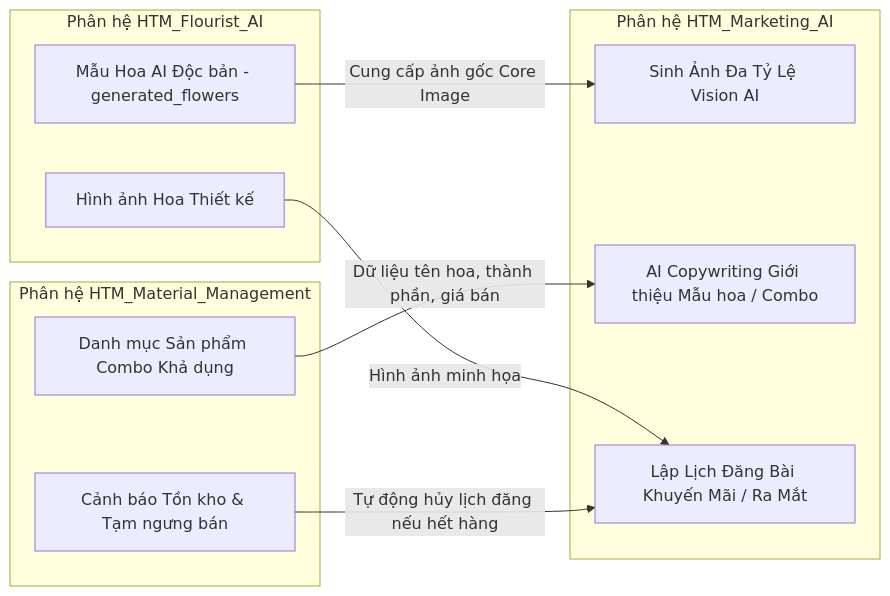
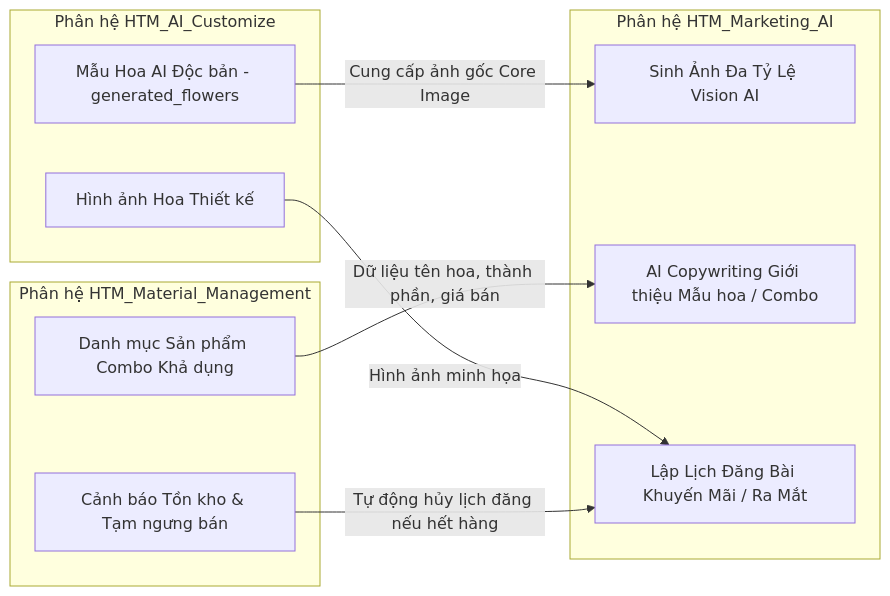
One commit to 161seconds/document-first-brief changed the third of 3 diagrams in hoa-theo-mua-ai-marketing/Context/AI_Marketing_Context.md. Above: the diagram before and after it, drawn with Mermaid. The commit also changed other lines of this file and 216 other files, not shown here.

Commit message:
docs: add user stories, TDD specifications, and unit tests for AI flower customization

````diff
--- a/hoa-theo-mua-ai-marketing/Context/AI_Marketing_Context.md
+++ b/hoa-theo-mua-ai-marketing/Context/AI_Marketing_Context.md
@@ -440,23 +440,23 @@
 ```mermaid
 flowchart LR
-    subgraph Flourist["Phân hệ HTM_Flourist_AI"]
+    subgraph AICustomize["Phân hệ HTM_AI_Customize"]
         F1[Mẫu Hoa AI Độc bản - generated_flowers]
         F2[Hình ảnh Hoa Thiết kế]
     end
 
     subgraph Material["Phân hệ HTM_Material_Management"]
         M1[Danh mục Sản phẩm Combo Khả dụng]
         M2[Cảnh báo Tồn kho & Tạm ngưng bán]
     end
 
     subgraph Marketing["Phân hệ HTM_Marketing_AI"]
         MK1[Sinh Ảnh Đa Tỷ Lệ Vision AI]
         MK2[AI Copywriting Giới thiệu Mẫu hoa / Combo]
         MK3[Lập Lịch Đăng Bài Khuyến Mãi / Ra Mắt]
     end
 
     F1 -->|Cung cấp ảnh gốc Core Image| MK1
     F2 -->|Hình ảnh minh họa| MK3
     M1 -->|Dữ liệu tên hoa, thành phần, giá bán| MK2
     M2 -->|Tự động hủy lịch đăng nếu hết hàng| MK3
 ```
````
